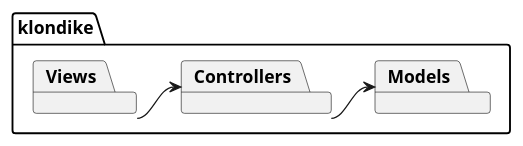
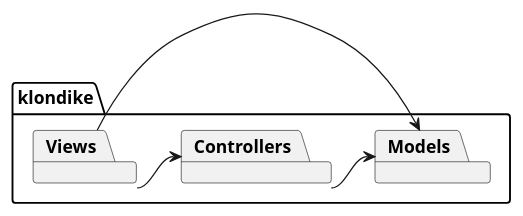
Before and after one commit to hombrenieve/klondike_rup: the diagram in uml/logic-view/architecture/architecture.puml, drawn with PlantUML. The commit also changed 1 other file, not shown here.

```diff
--- a/uml/logic-view/architecture/architecture.puml
+++ b/uml/logic-view/architecture/architecture.puml
@@ -1,12 +1,13 @@
 @startuml
 
 
 package klondike {
     package Controllers
     package Models
     package Views
     Views -> Controllers
+    Views -> Models
     Controllers -> Models
 }
 
 @enduml
```
